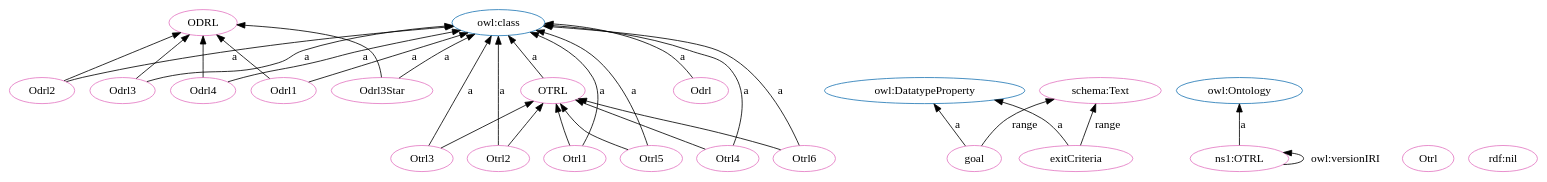
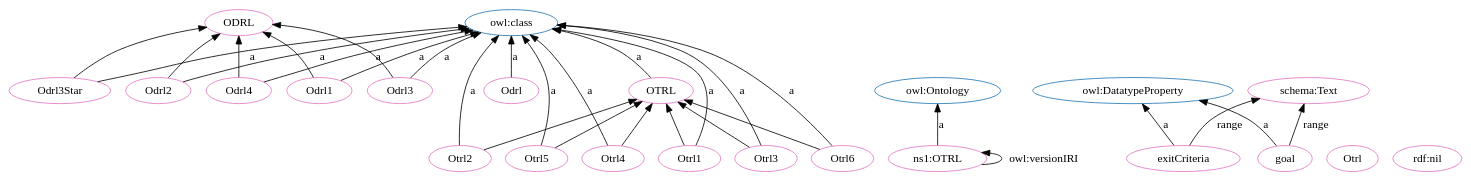
One commit to OPEN-NEXT/OKH-LOSH changed the diagram in OTRL.dot. Above: the diagram before and after it, drawn with Graphviz. The commit also changed other lines of this file and 15 other files, not shown here.

```diff
--- a/OTRL.dot
+++ b/OTRL.dot
@@ -1,59 +1,59 @@
 digraph G {
   rankdir=BT
   node[height=.3]
+"http://purl.org/oseg/ontologies/OTRL#ODRL" [fillcolor="#1f77b4" color="#1f77b4" label="ODRL"]
+"http://www.w3.org/2002/07/owl#class" [fillcolor="#1f77b4" color="#1f77b4" label="owl:class"]
+"http://www.w3.org/2002/07/owl#Ontology" [fillcolor="#1f77b4" color="#1f77b4" label="owl:Ontology"]
+"http://www.w3.org/2002/07/owl#DatatypeProperty" [fillcolor="#1f77b4" color="#1f77b4" label="owl:DatatypeProperty"]
 "http://purl.org/oseg/ontologies/OTRL#OTRL" [fillcolor="#1f77b4" color="#1f77b4" label="OTRL"]
-"http://www.w3.org/2002/07/owl#DatatypeProperty" [fillcolor="#1f77b4" color="#1f77b4" label="owl:DatatypeProperty"]
-"http://www.w3.org/2002/07/owl#class" [fillcolor="#1f77b4" color="#1f77b4" label="owl:class"]
-"http://purl.org/oseg/ontologies/OTRL#ODRL" [fillcolor="#1f77b4" color="#1f77b4" label="ODRL"]
-"http://www.w3.org/2002/07/owl#Ontology" [fillcolor="#1f77b4" color="#1f77b4" label="owl:Ontology"]
+"http://purl.org/oseg/ontologies/OTRL#Odrl3Star" [fillcolor="#e377c2" color="#e377c2" label="Odrl3Star"]
+"http://purl.org/oseg/ontologies/OTRL#OTRL" [fillcolor="#e377c2" color="#e377c2" label="OTRL"]
+"http://purl.org/oseg/ontologies/OTRL#ODRL" [fillcolor="#e377c2" color="#e377c2" label="ODRL"]
+"http://schema.org/Text" [fillcolor="#e377c2" color="#e377c2" label="schema:Text"]
+"http://purl.org/oseg/ontologies/OTRL#Odrl" [fillcolor="#e377c2" color="#e377c2" label="Odrl"]
+"http://purl.org/oseg/ontologies/OTRL#Otrl2" [fillcolor="#e377c2" color="#e377c2" label="Otrl2"]
+"http://purl.org/oseg/ontologies/OTRL#Otrl" [fillcolor="#e377c2" color="#e377c2" label="Otrl"]
 "http://purl.org/oseg/ontologies/OTRL#Odrl2" [fillcolor="#e377c2" color="#e377c2" label="Odrl2"]
-"http://schema.org/Text" [fillcolor="#e377c2" color="#e377c2" label="schema:Text"]
+"http://www.w3.org/1999/02/22-rdf-syntax-ns#nil" [fillcolor="#e377c2" color="#e377c2" label="rdf:nil"]
+"http://purl.org/oseg/ontologies/OTRL" [fillcolor="#e377c2" color="#e377c2" label="ns1:OTRL"]
+"http://purl.org/oseg/ontologies/OTRL#Odrl4" [fillcolor="#e377c2" color="#e377c2" label="Odrl4"]
+"http://purl.org/oseg/ontologies/OTRL#Odrl1" [fillcolor="#e377c2" color="#e377c2" label="Odrl1"]
+"http://purl.org/oseg/ontologies/OTRL#exitCriteria" [fillcolor="#e377c2" color="#e377c2" label="exitCriteria"]
+"http://purl.org/oseg/ontologies/OTRL#Odrl3" [fillcolor="#e377c2" color="#e377c2" label="Odrl3"]
+"http://purl.org/oseg/ontologies/OTRL#Otrl5" [fillcolor="#e377c2" color="#e377c2" label="Otrl5"]
+"http://purl.org/oseg/ontologies/OTRL#Otrl4" [fillcolor="#e377c2" color="#e377c2" label="Otrl4"]
+"http://purl.org/oseg/ontologies/OTRL#Otrl1" [fillcolor="#e377c2" color="#e377c2" label="Otrl1"]
+"http://purl.org/oseg/ontologies/OTRL#Otrl3" [fillcolor="#e377c2" color="#e377c2" label="Otrl3"]
 "http://purl.org/oseg/ontologies/OTRL#goal" [fillcolor="#e377c2" color="#e377c2" label="goal"]
-"http://purl.org/oseg/ontologies/OTRL#ODRL" [fillcolor="#e377c2" color="#e377c2" label="ODRL"]
-"http://purl.org/oseg/ontologies/OTRL#OTRL" [fillcolor="#e377c2" color="#e377c2" label="OTRL"]
-"http://purl.org/oseg/ontologies/OTRL#Otrl" [fillcolor="#e377c2" color="#e377c2" label="Otrl"]
-"http://purl.org/oseg/ontologies/OTRL" [fillcolor="#e377c2" color="#e377c2" label="ns1:OTRL"]
-"http://purl.org/oseg/ontologies/OTRL#Odrl" [fillcolor="#e377c2" color="#e377c2" label="Odrl"]
-"http://purl.org/oseg/ontologies/OTRL#Odrl1" [fillcolor="#e377c2" color="#e377c2" label="Odrl1"]
-"http://purl.org/oseg/ontologies/OTRL#Odrl3Star" [fillcolor="#e377c2" color="#e377c2" label="Odrl3Star"]
-"http://purl.org/oseg/ontologies/OTRL#exitCriteria" [fillcolor="#e377c2" color="#e377c2" label="exitCriteria"]
-"http://www.w3.org/1999/02/22-rdf-syntax-ns#nil" [fillcolor="#e377c2" color="#e377c2" label="rdf:nil"]
-"http://purl.org/oseg/ontologies/OTRL#Odrl4" [fillcolor="#e377c2" color="#e377c2" label="Odrl4"]
-"http://purl.org/oseg/ontologies/OTRL#Otrl1" [fillcolor="#e377c2" color="#e377c2" label="Otrl1"]
-"http://purl.org/oseg/ontologies/OTRL#Odrl3" [fillcolor="#e377c2" color="#e377c2" label="Odrl3"]
 "http://purl.org/oseg/ontologies/OTRL#Otrl6" [fillcolor="#e377c2" color="#e377c2" label="Otrl6"]
-"http://purl.org/oseg/ontologies/OTRL#Otrl3" [fillcolor="#e377c2" color="#e377c2" label="Otrl3"]
-"http://purl.org/oseg/ontologies/OTRL#Otrl2" [fillcolor="#e377c2" color="#e377c2" label="Otrl2"]
-"http://purl.org/oseg/ontologies/OTRL#Otrl4" [fillcolor="#e377c2" color="#e377c2" label="Otrl4"]
-"http://purl.org/oseg/ontologies/OTRL#Otrl5" [fillcolor="#e377c2" color="#e377c2" label="Otrl5"]
-  "http://purl.org/oseg/ontologies/OTRL#Odrl2" -> "http://www.w3.org/2002/07/owl#class" [label="a"]
-  "http://purl.org/oseg/ontologies/OTRL#exitCriteria" -> "http://schema.org/Text" [label="range"]
-  "http://purl.org/oseg/ontologies/OTRL#goal" -> "http://www.w3.org/2002/07/owl#DatatypeProperty" [label="a"]
-  "http://purl.org/oseg/ontologies/OTRL#Odrl4" -> "http://purl.org/oseg/ontologies/OTRL#ODRL" [label=""]
+  "http://purl.org/oseg/ontologies/OTRL#OTRL" -> "http://www.w3.org/2002/07/owl#class" [label="a"]
+  "http://purl.org/oseg/ontologies/OTRL#Odrl1" -> "http://purl.org/oseg/ontologies/OTRL#ODRL" [label=""]
   "http://purl.org/oseg/ontologies/OTRL#Otrl4" -> "http://purl.org/oseg/ontologies/OTRL#OTRL" [label=""]
-  "http://purl.org/oseg/ontologies/OTRL" -> "http://www.w3.org/2002/07/owl#Ontology" [label="a"]
-  "http://purl.org/oseg/ontologies/OTRL#Odrl3Star" -> "http://www.w3.org/2002/07/owl#class" [label="a"]
-  "http://purl.org/oseg/ontologies/OTRL#Odrl3" -> "http://purl.org/oseg/ontologies/OTRL#ODRL" [label=""]
-  "http://purl.org/oseg/ontologies/OTRL#exitCriteria" -> "http://www.w3.org/2002/07/owl#DatatypeProperty" [label="a"]
-  "http://purl.org/oseg/ontologies/OTRL#Odrl4" -> "http://www.w3.org/2002/07/owl#class" [label="a"]
-  "http://purl.org/oseg/ontologies/OTRL#Odrl3" -> "http://www.w3.org/2002/07/owl#class" [label="a"]
-  "http://purl.org/oseg/ontologies/OTRL#OTRL" -> "http://www.w3.org/2002/07/owl#class" [label="a"]
   "http://purl.org/oseg/ontologies/OTRL#Otrl6" -> "http://purl.org/oseg/ontologies/OTRL#OTRL" [label=""]
   "http://purl.org/oseg/ontologies/OTRL#Otrl2" -> "http://www.w3.org/2002/07/owl#class" [label="a"]
+  "http://purl.org/oseg/ontologies/OTRL#Odrl4" -> "http://purl.org/oseg/ontologies/OTRL#ODRL" [label=""]
+  "http://purl.org/oseg/ontologies/OTRL" -> "http://purl.org/oseg/ontologies/OTRL" [label="owl:versionIRI"]
+  "http://purl.org/oseg/ontologies/OTRL#Odrl4" -> "http://www.w3.org/2002/07/owl#class" [label="a"]
+  "http://purl.org/oseg/ontologies/OTRL#Otrl2" -> "http://purl.org/oseg/ontologies/OTRL#OTRL" [label=""]
   "http://purl.org/oseg/ontologies/OTRL#Otrl4" -> "http://www.w3.org/2002/07/owl#class" [label="a"]
+  "http://purl.org/oseg/ontologies/OTRL#Otrl3" -> "http://www.w3.org/2002/07/owl#class" [label="a"]
+  "http://purl.org/oseg/ontologies/OTRL#Otrl6" -> "http://www.w3.org/2002/07/owl#class" [label="a"]
+  "http://purl.org/oseg/ontologies/OTRL#Odrl3Star" -> "http://www.w3.org/2002/07/owl#class" [label="a"]
+  "http://purl.org/oseg/ontologies/OTRL#goal" -> "http://schema.org/Text" [label="range"]
+  "http://purl.org/oseg/ontologies/OTRL#Odrl2" -> "http://purl.org/oseg/ontologies/OTRL#ODRL" [label=""]
+  "http://purl.org/oseg/ontologies/OTRL#Odrl" -> "http://www.w3.org/2002/07/owl#class" [label="a"]
+  "http://purl.org/oseg/ontologies/OTRL#Odrl2" -> "http://www.w3.org/2002/07/owl#class" [label="a"]
+  "http://purl.org/oseg/ontologies/OTRL#Odrl3" -> "http://purl.org/oseg/ontologies/OTRL#ODRL" [label=""]
+  "http://purl.org/oseg/ontologies/OTRL#Otrl3" -> "http://purl.org/oseg/ontologies/OTRL#OTRL" [label=""]
+  "http://purl.org/oseg/ontologies/OTRL#Odrl1" -> "http://www.w3.org/2002/07/owl#class" [label="a"]
+  "http://purl.org/oseg/ontologies/OTRL#exitCriteria" -> "http://www.w3.org/2002/07/owl#DatatypeProperty" [label="a"]
+  "http://purl.org/oseg/ontologies/OTRL" -> "http://www.w3.org/2002/07/owl#Ontology" [label="a"]
+  "http://purl.org/oseg/ontologies/OTRL#Odrl3" -> "http://www.w3.org/2002/07/owl#class" [label="a"]
   "http://purl.org/oseg/ontologies/OTRL#Otrl5" -> "http://www.w3.org/2002/07/owl#class" [label="a"]
-  "http://purl.org/oseg/ontologies/OTRL" -> "http://purl.org/oseg/ontologies/OTRL" [label="owl:versionIRI"]
-  "http://purl.org/oseg/ontologies/OTRL#Otrl2" -> "http://purl.org/oseg/ontologies/OTRL#OTRL" [label=""]
-  "http://purl.org/oseg/ontologies/OTRL#Otrl1" -> "http://purl.org/oseg/ontologies/OTRL#OTRL" [label=""]
-  "http://purl.org/oseg/ontologies/OTRL#Odrl1" -> "http://www.w3.org/2002/07/owl#class" [label="a"]
-  "http://purl.org/oseg/ontologies/OTRL#goal" -> "http://schema.org/Text" [label="range"]
+  "http://purl.org/oseg/ontologies/OTRL#Odrl3Star" -> "http://purl.org/oseg/ontologies/OTRL#ODRL" [label=""]
   "http://purl.org/oseg/ontologies/OTRL#Otrl5" -> "http://purl.org/oseg/ontologies/OTRL#OTRL" [label=""]
   "http://purl.org/oseg/ontologies/OTRL#Otrl1" -> "http://www.w3.org/2002/07/owl#class" [label="a"]
-  "http://purl.org/oseg/ontologies/OTRL#Otrl6" -> "http://www.w3.org/2002/07/owl#class" [label="a"]
-  "http://purl.org/oseg/ontologies/OTRL#Odrl1" -> "http://purl.org/oseg/ontologies/OTRL#ODRL" [label=""]
-  "http://purl.org/oseg/ontologies/OTRL#Odrl3Star" -> "http://purl.org/oseg/ontologies/OTRL#ODRL" [label=""]
-  "http://purl.org/oseg/ontologies/OTRL#Otrl3" -> "http://purl.org/oseg/ontologies/OTRL#OTRL" [label=""]
-  "http://purl.org/oseg/ontologies/OTRL#Odrl" -> "http://www.w3.org/2002/07/owl#class" [label="a"]
-  "http://purl.org/oseg/ontologies/OTRL#Otrl3" -> "http://www.w3.org/2002/07/owl#class" [label="a"]
-  "http://purl.org/oseg/ontologies/OTRL#Odrl2" -> "http://purl.org/oseg/ontologies/OTRL#ODRL" [label=""]
+  "http://purl.org/oseg/ontologies/OTRL#goal" -> "http://www.w3.org/2002/07/owl#DatatypeProperty" [label="a"]
+  "http://purl.org/oseg/ontologies/OTRL#exitCriteria" -> "http://schema.org/Text" [label="range"]
+  "http://purl.org/oseg/ontologies/OTRL#Otrl1" -> "http://purl.org/oseg/ontologies/OTRL#OTRL" [label=""]
 }
```
